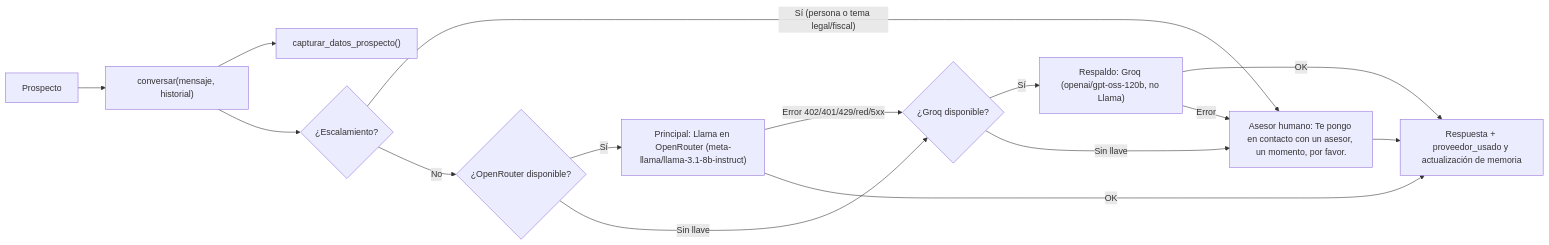
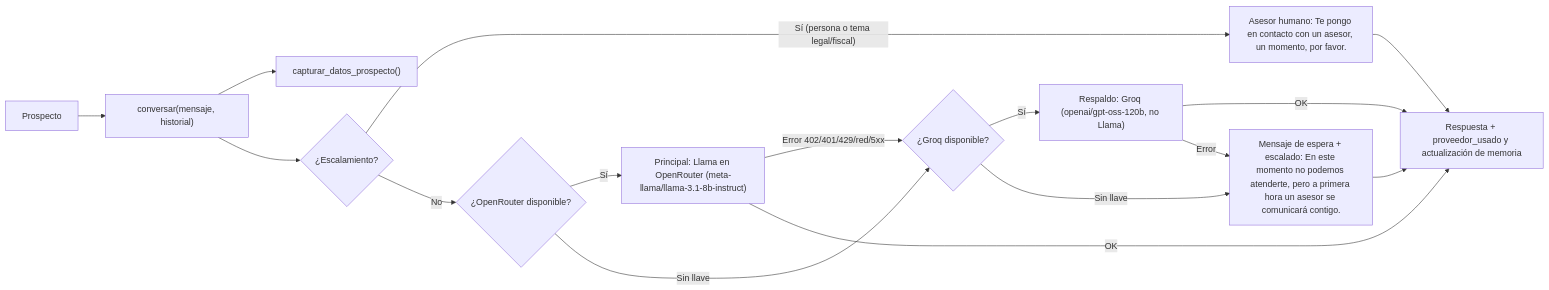
Before and after one commit to SalvadorRicalde/Meta-asistente-de-proyectos-inmobiliarios-: the diagram in README.md, drawn with Mermaid. The commit also changed other lines of this file and 2 other files, not shown here.

Commit message:
Mensaje predefinido de espera cuando no hay modelo y cierre neutro sin anticipar el siguiente módulo

````diff
--- a/README.md
+++ b/README.md
@@ -38,17 +38,18 @@
 ```mermaid
 flowchart LR
     U["Prospecto"] --> C["conversar(mensaje, historial)"]
     C --> CAP["capturar_datos_prospecto()"]
     C --> ESC{"¿Escalamiento?"}
     ESC -- "Sí (persona o tema legal/fiscal)" --> M_ESC["Asesor humano: Te pongo en contacto con un asesor, un momento, por favor."]
     ESC -- "No" --> OR{"¿OpenRouter disponible?"}
     OR -- "Sí" --> LLAMA["Principal: Llama en OpenRouter (meta-llama/llama-3.1-8b-instruct)"]
     OR -- "Sin llave" --> GROQ{"¿Groq disponible?"}
     LLAMA -- "Error 402/401/429/red/5xx" --> GROQ
     GROQ -- "Sí" --> GPTOSS["Respaldo: Groq (openai/gpt-oss-120b, no Llama)"]
-    GROQ -- "Sin llave" --> M_ESC
+    GROQ -- "Sin llave" --> M_ESP["Mensaje de espera + escalado: En este momento no podemos atenderte, pero a primera hora un asesor se comunicará contigo."]
     LLAMA -- "OK" --> R["Respuesta + proveedor_usado y actualización de memoria"]
     GPTOSS -- "OK" --> R
-    GPTOSS -- "Error" --> M_ESC
+    GPTOSS -- "Error" --> M_ESP
     M_ESC --> R
+    M_ESP --> R
 ```
````
